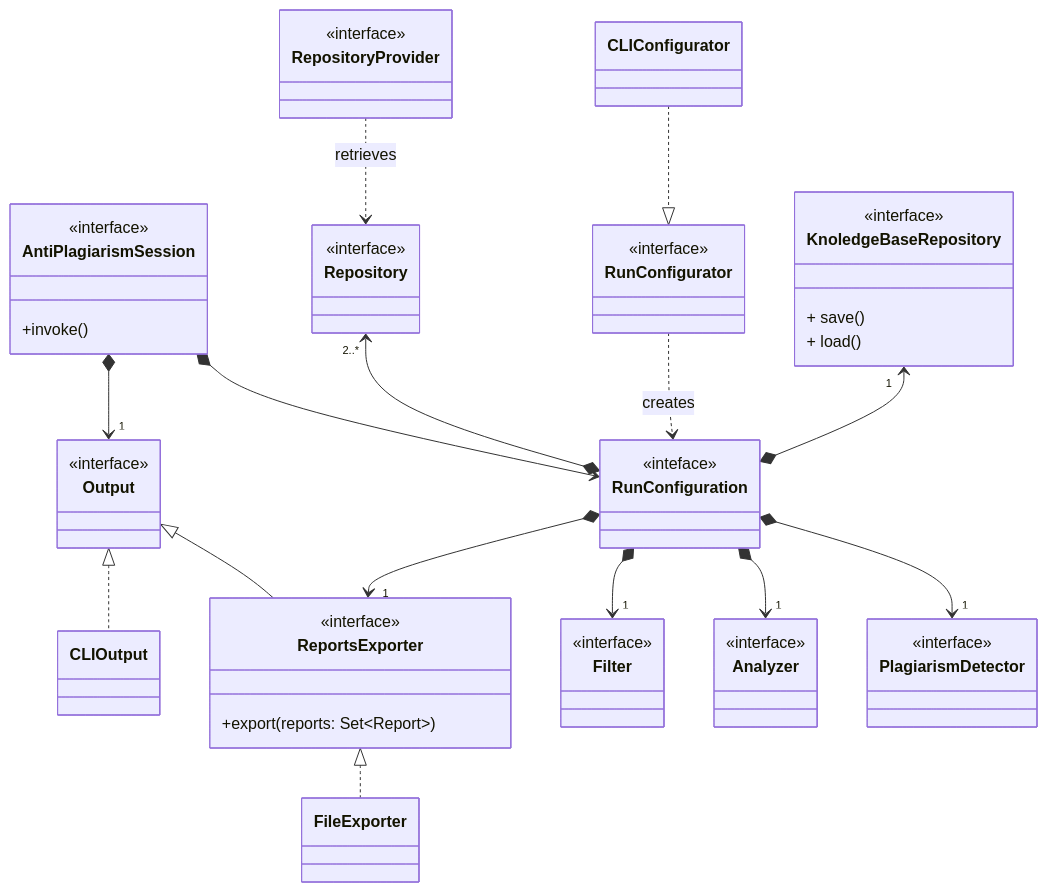
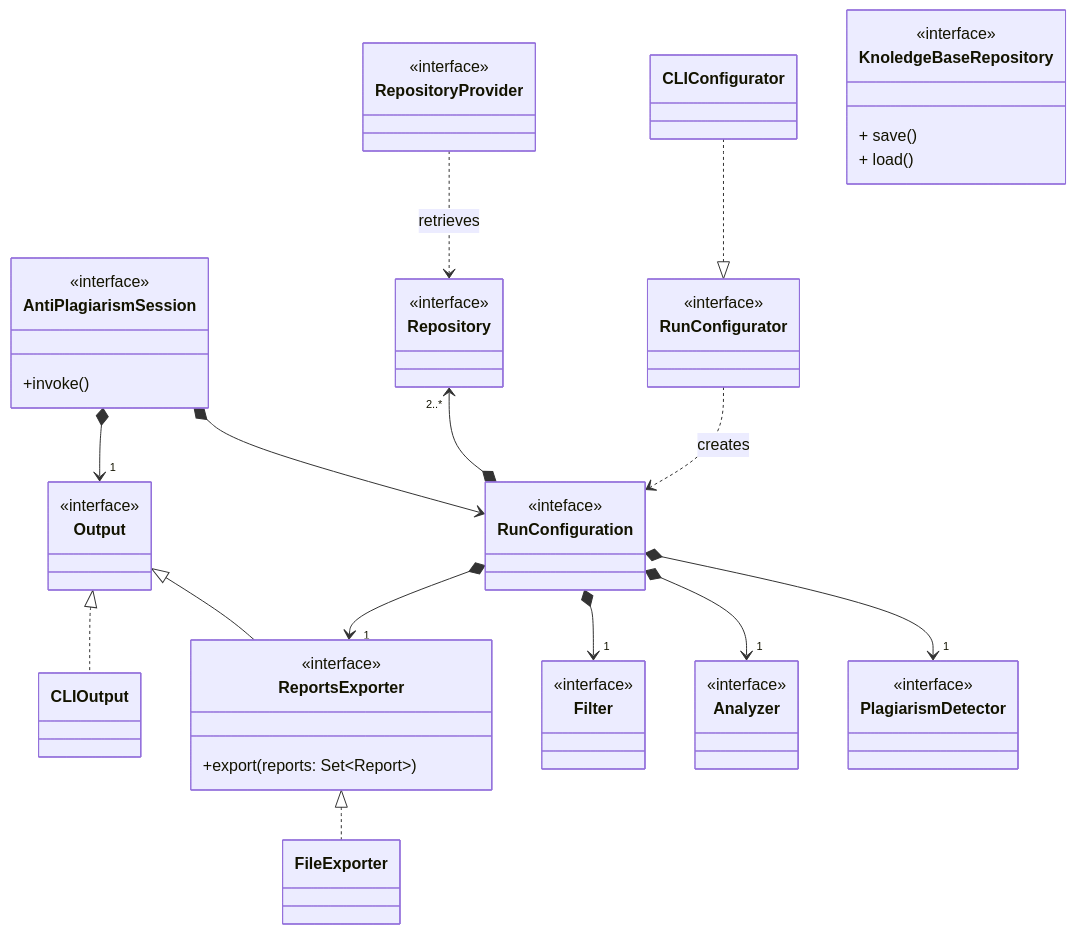
The second of 12 diagrams in doc.md (tassiLuca/code-plagiarism-detector-doc), drawn with Mermaid before and after one commit. The commit also changed other lines of this file, not shown here.

````diff
--- a/doc.md
+++ b/doc.md
@@ -112,63 +113,63 @@
 ```mermaid
 classDiagram
 direction TB
     class AntiPlagiarismSession {
         <<interface>>
         +invoke()
     }
 
     class RunConfigurator {
         <<interface>>
     }
     CLIConfigurator ..|> RunConfigurator
 
     class RunConfiguration {
         <<inteface>>
     }
     RunConfigurator ..> RunConfiguration: creates
     AntiPlagiarismSession *--> RunConfiguration
 
     class RepositoryProvider {
         <<interface>>
     }
     class Repository {
         <<interface>>
     }
     Repository "2..*" <--* RunConfiguration
     RepositoryProvider ..> Repository: retrieves
 
     class PlagiarismDetector {
         <<interface>>
     }
     RunConfiguration *--> "1" PlagiarismDetector
 
     class Analyzer {
         <<interface>>
     }
     RunConfiguration *--> "1" Analyzer
 
     class Filter {
         <<interface>>
     }
     RunConfiguration *--> "1" Filter
 
     class KnoledgeBaseRepository {
         <<interface>>
         + save()
         + load()
     }
-    KnoledgeBaseRepository "1" <--* RunConfiguration
+%%  KnoledgeBaseRepository "1" <--* RunConfiguration
 
     class Output {
         <<interface>>
     }
     class ReportsExporter {
         <<interface>>
         +export(reports: Set~Report~)
     }
     Output <|-- ReportsExporter
     ReportsExporter <|.. FileExporter
     RunConfiguration *--> "1" ReportsExporter
     Output <|.. CLIOutput
     AntiPlagiarismSession *--> "1" Output
 ```
````
